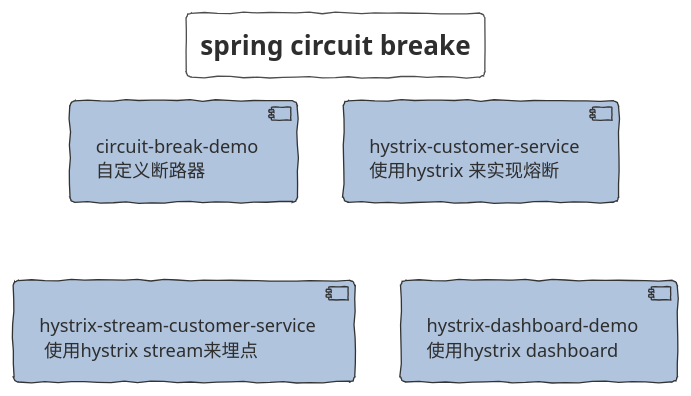
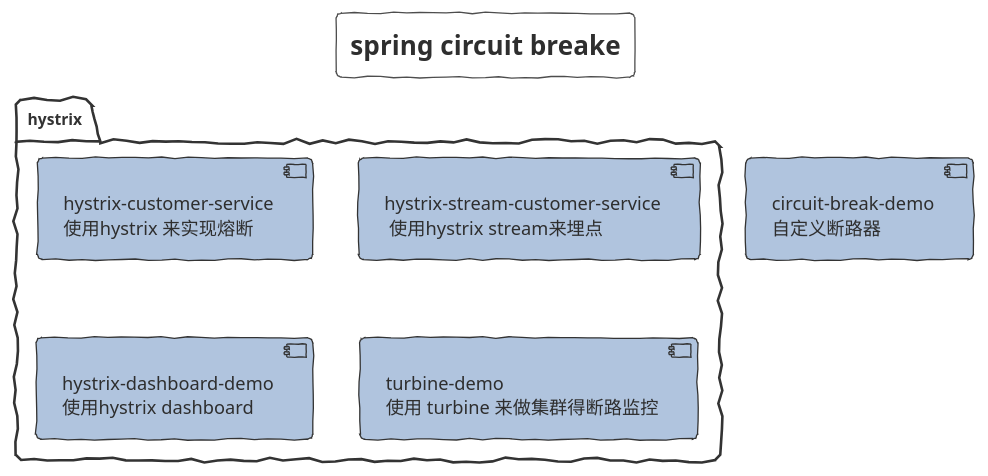
Before and after one commit to FantasybabyChange/springStudyProject: the diagram in spring-circuit-breake/Module.puml, drawn with PlantUML. The commit also changed 9 other files, not shown here.

```diff
--- a/spring-circuit-breake/Module.puml
+++ b/spring-circuit-breake/Module.puml
@@ -1,30 +1,38 @@
 @startuml SPRING_CIRCUIT_BREAKE
 !theme sketchy-outline
 title spring circuit breake
 skinparam interface {
 }
 skinparam component {
    backgroundColor LightSteelBlue
    FontSize 14
    ArrowFontSize 14
    ArrowFontColor #777777
    ArrowColor #FF6655
 }
  component cbd[
    circuit-break-demo
    自定义断路器 
    ]
 
+package hystrix{
 component hcs[
 hystrix-customer-service
 使用hystrix 来实现熔断
 ]
 component hscs[
 hystrix-stream-customer-service
  使用hystrix stream来埋点
 ]
 component hdd[
 hystrix-dashboard-demo
 使用hystrix dashboard
 ]
+component htb[
+turbine-demo
+使用 turbine 来做集群得断路监控
+]
+
+}
+
 @enduml
```
